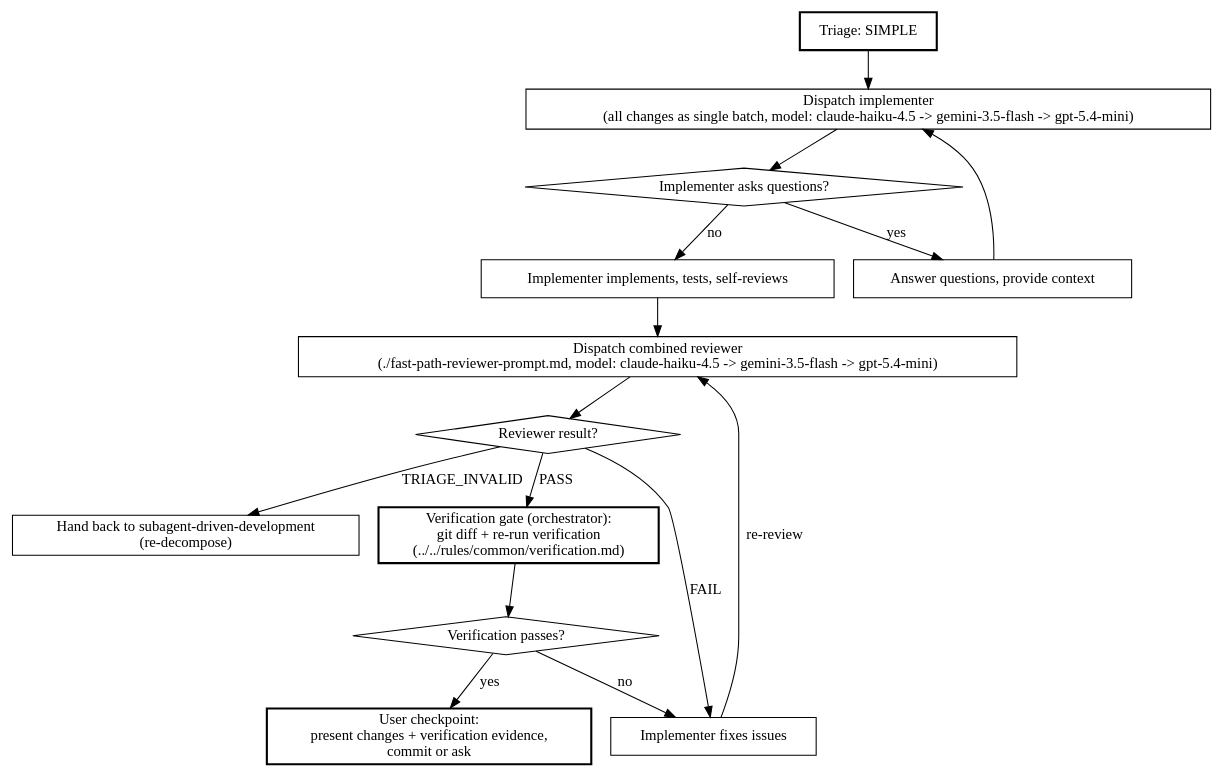
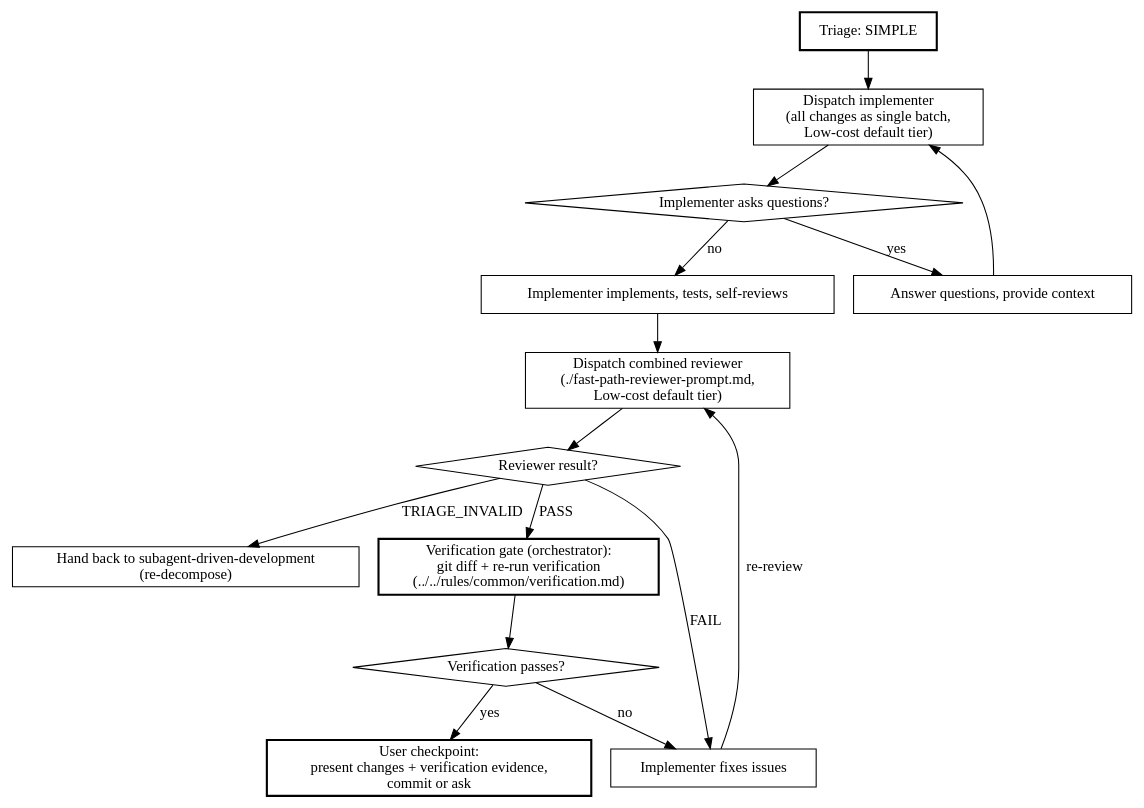
One commit to philipobenito/elelem changed the diagram in skills/fast-path-implementation/SKILL.md. Above: the diagram before and after it, drawn with Graphviz. The commit also changed other lines of this file and 7 other files, not shown here.

````diff
--- a/skills/fast-path-implementation/SKILL.md
+++ b/skills/fast-path-implementation/SKILL.md
@@ -57,33 +57,33 @@
 ```dot
 digraph fast_path {
     rankdir=TB;
 
     "Triage: SIMPLE" [shape=box, style=bold];
-    "Dispatch implementer\n(all changes as single batch, model: claude-haiku-4.5 -> gemini-3.5-flash -> gpt-5.4-mini)" [shape=box];
+    "Dispatch implementer\n(all changes as single batch,\nLow-cost default tier)" [shape=box];
     "Implementer asks questions?" [shape=diamond];
     "Answer questions, provide context" [shape=box];
     "Implementer implements, tests, self-reviews" [shape=box];
-    "Dispatch combined reviewer\n(./fast-path-reviewer-prompt.md, model: claude-haiku-4.5 -> gemini-3.5-flash -> gpt-5.4-mini)" [shape=box];
+    "Dispatch combined reviewer\n(./fast-path-reviewer-prompt.md,\nLow-cost default tier)" [shape=box];
     "Reviewer result?" [shape=diamond];
     "Implementer fixes issues" [shape=box];
     "Hand back to subagent-driven-development\n(re-decompose)" [shape=box];
     "Verification gate (orchestrator):\ngit diff + re-run verification\n(../../rules/common/verification.md)" [shape=box, style=bold];
     "Verification passes?" [shape=diamond];
     "User checkpoint:\npresent changes + verification evidence,\ncommit or ask" [shape=box, style=bold];
 
-    "Triage: SIMPLE" -> "Dispatch implementer\n(all changes as single batch, model: claude-haiku-4.5 -> gemini-3.5-flash -> gpt-5.4-mini)";
-    "Dispatch implementer\n(all changes as single batch, model: claude-haiku-4.5 -> gemini-3.5-flash -> gpt-5.4-mini)" -> "Implementer asks questions?";
+    "Triage: SIMPLE" -> "Dispatch implementer\n(all changes as single batch,\nLow-cost default tier)";
+    "Dispatch implementer\n(all changes as single batch,\nLow-cost default tier)" -> "Implementer asks questions?";
     "Implementer asks questions?" -> "Answer questions, provide context" [label="yes"];
-    "Answer questions, provide context" -> "Dispatch implementer\n(all changes as single batch, model: claude-haiku-4.5 -> gemini-3.5-flash -> gpt-5.4-mini)";
+    "Answer questions, provide context" -> "Dispatch implementer\n(all changes as single batch,\nLow-cost default tier)";
     "Implementer asks questions?" -> "Implementer implements, tests, self-reviews" [label="no"];
-    "Implementer implements, tests, self-reviews" -> "Dispatch combined reviewer\n(./fast-path-reviewer-prompt.md, model: claude-haiku-4.5 -> gemini-3.5-flash -> gpt-5.4-mini)";
-    "Dispatch combined reviewer\n(./fast-path-reviewer-prompt.md, model: claude-haiku-4.5 -> gemini-3.5-flash -> gpt-5.4-mini)" -> "Reviewer result?";
+    "Implementer implements, tests, self-reviews" -> "Dispatch combined reviewer\n(./fast-path-reviewer-prompt.md,\nLow-cost default tier)";
+    "Dispatch combined reviewer\n(./fast-path-reviewer-prompt.md,\nLow-cost default tier)" -> "Reviewer result?";
     "Reviewer result?" -> "Verification gate (orchestrator):\ngit diff + re-run verification\n(../../rules/common/verification.md)" [label="PASS"];
     "Reviewer result?" -> "Implementer fixes issues" [label="FAIL"];
     "Reviewer result?" -> "Hand back to subagent-driven-development\n(re-decompose)" [label="TRIAGE_INVALID"];
-    "Implementer fixes issues" -> "Dispatch combined reviewer\n(./fast-path-reviewer-prompt.md, model: claude-haiku-4.5 -> gemini-3.5-flash -> gpt-5.4-mini)" [label="re-review"];
+    "Implementer fixes issues" -> "Dispatch combined reviewer\n(./fast-path-reviewer-prompt.md,\nLow-cost default tier)" [label="re-review"];
     "Verification gate (orchestrator):\ngit diff + re-run verification\n(../../rules/common/verification.md)" -> "Verification passes?";
     "Verification passes?" -> "Implementer fixes issues" [label="no"];
     "Verification passes?" -> "User checkpoint:\npresent changes + verification evidence,\ncommit or ask" [label="yes"];
 }
 ```
````
